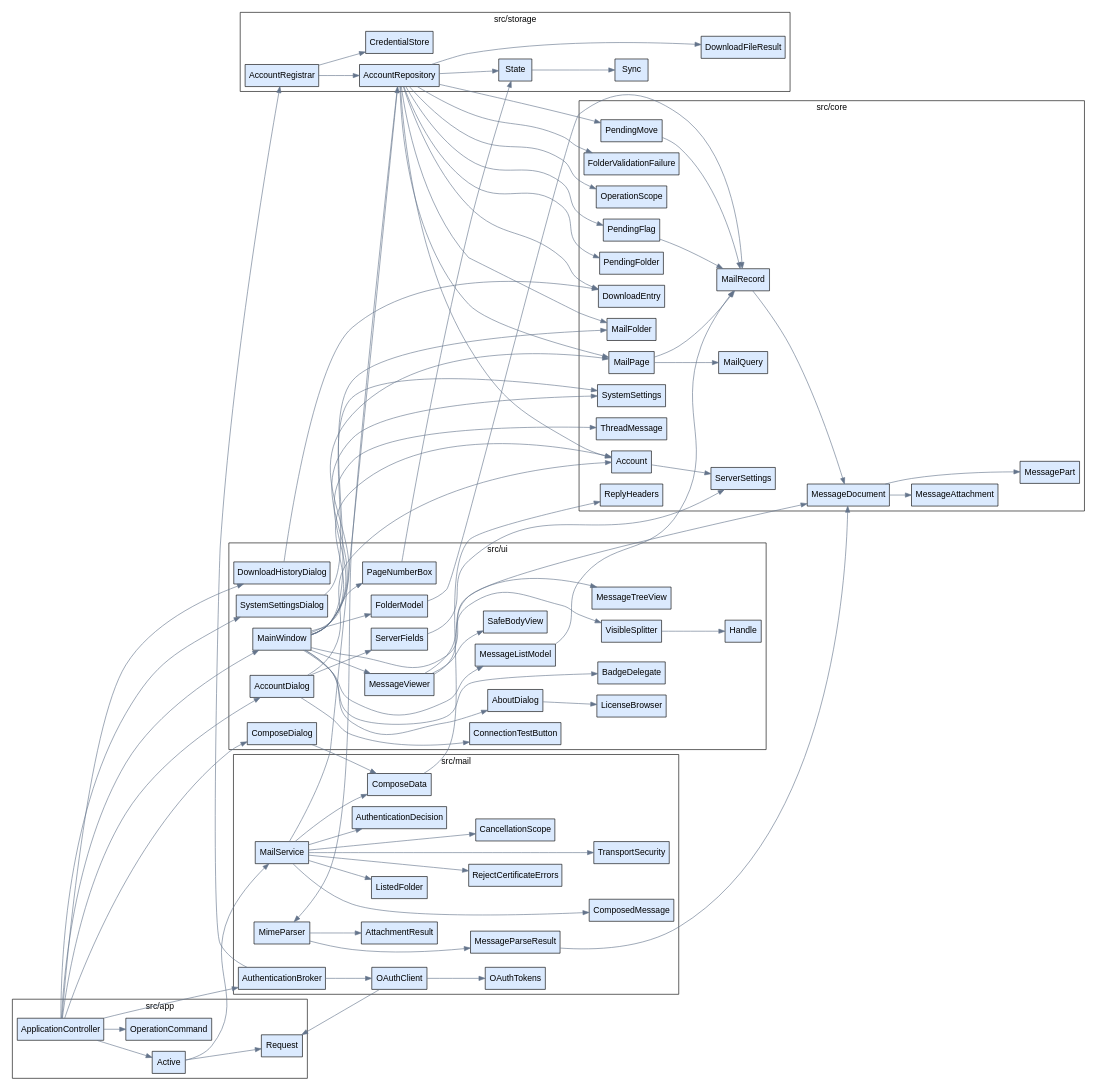
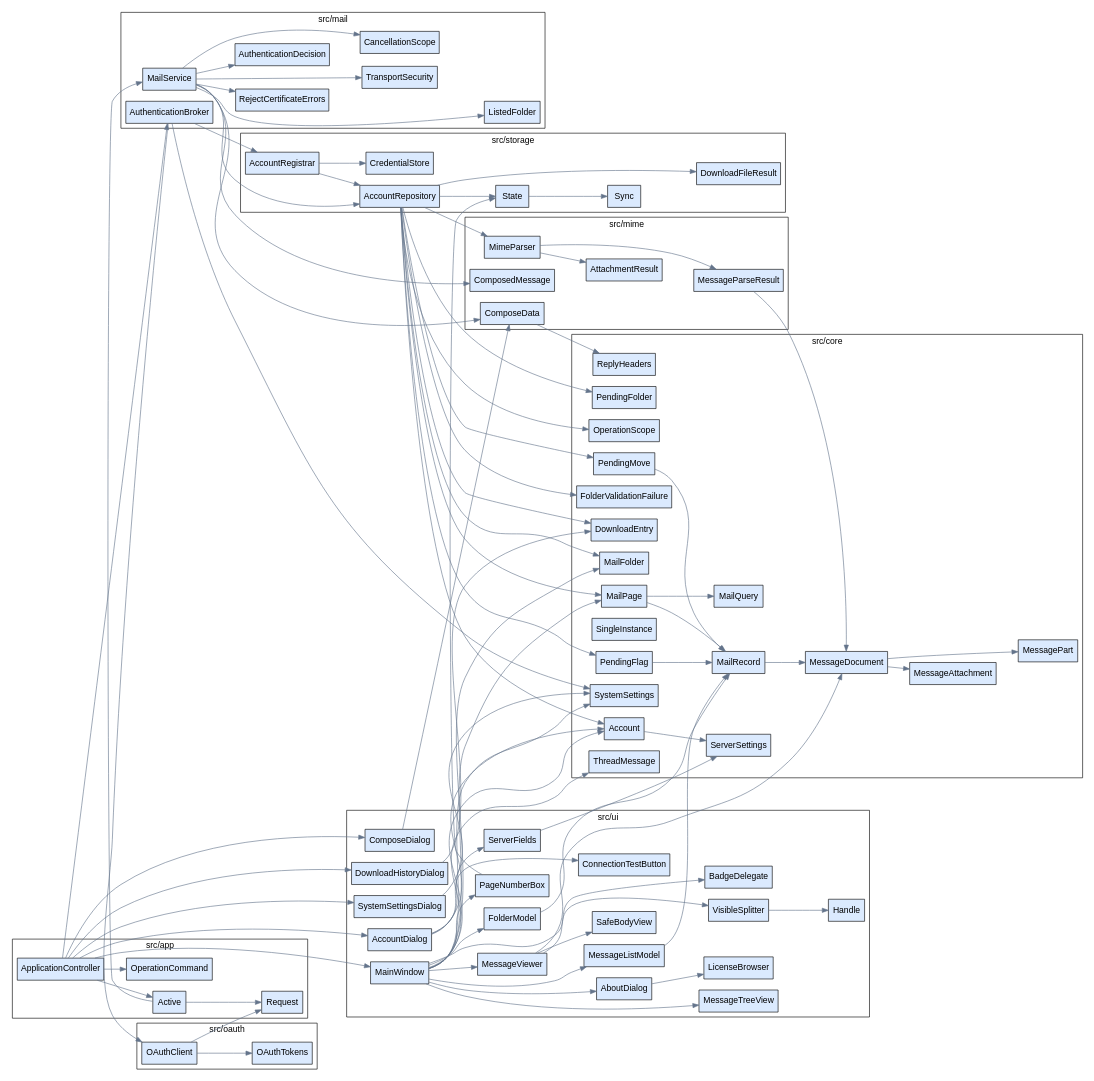
Before and after one commit to Kiterai/SmoothMail: the diagram in docs/dev/architecture/classes.dot, drawn with Graphviz. The commit also changed 36 other files, not shown here.

```diff
--- a/docs/dev/architecture/classes.dot
+++ b/docs/dev/architecture/classes.dot
@@ -48,6 +48,8 @@
 			label=ReplyHeaders];
 		"smoothmail::ServerSettings"	[fillcolor="#dbeafe",
 			label=ServerSettings];
+		"smoothmail::SingleInstance"	[fillcolor="#dbeafe",
+			label=SingleInstance];
 		"smoothmail::SystemSettings"	[fillcolor="#dbeafe",
 			label=SystemSettings];
 		"smoothmail::ThreadMessage"	[fillcolor="#dbeafe",
@@ -59,36 +61,42 @@
 	}
 	subgraph cluster_2 {
 		graph [label="src/mail"];
-		"smoothmail::AttachmentResult"	[fillcolor="#dbeafe",
-			label=AttachmentResult];
 		"smoothmail::AuthenticationBroker"	[fillcolor="#dbeafe",
 			label=AuthenticationBroker];
 		"smoothmail::AuthenticationDecision"	[fillcolor="#dbeafe",
 			label=AuthenticationDecision];
 		"smoothmail::CancellationScope"	[fillcolor="#dbeafe",
 			label=CancellationScope];
-		"smoothmail::ComposeData"	[fillcolor="#dbeafe",
-			label=ComposeData];
-		"smoothmail::ComposedMessage"	[fillcolor="#dbeafe",
-			label=ComposedMessage];
 		"smoothmail::ListedFolder"	[fillcolor="#dbeafe",
 			label=ListedFolder];
 		"smoothmail::MailService"	[fillcolor="#dbeafe",
 			label=MailService];
-		"smoothmail::MessageParseResult"	[fillcolor="#dbeafe",
-			label=MessageParseResult];
-		"smoothmail::MimeParser"	[fillcolor="#dbeafe",
-			label=MimeParser];
-		"smoothmail::OAuthClient"	[fillcolor="#dbeafe",
-			label=OAuthClient];
-		"smoothmail::OAuthTokens"	[fillcolor="#dbeafe",
-			label=OAuthTokens];
 		"smoothmail::RejectCertificateErrors"	[fillcolor="#dbeafe",
 			label=RejectCertificateErrors];
 		"smoothmail::TransportSecurity"	[fillcolor="#dbeafe",
 			label=TransportSecurity];
 	}
 	subgraph cluster_3 {
+		graph [label="src/mime"];
+		"smoothmail::AttachmentResult"	[fillcolor="#dbeafe",
+			label=AttachmentResult];
+		"smoothmail::ComposeData"	[fillcolor="#dbeafe",
+			label=ComposeData];
+		"smoothmail::ComposedMessage"	[fillcolor="#dbeafe",
+			label=ComposedMessage];
+		"smoothmail::MessageParseResult"	[fillcolor="#dbeafe",
+			label=MessageParseResult];
+		"smoothmail::MimeParser"	[fillcolor="#dbeafe",
+			label=MimeParser];
+	}
+	subgraph cluster_4 {
+		graph [label="src/oauth"];
+		"smoothmail::OAuthClient"	[fillcolor="#dbeafe",
+			label=OAuthClient];
+		"smoothmail::OAuthTokens"	[fillcolor="#dbeafe",
+			label=OAuthTokens];
+	}
+	subgraph cluster_5 {
 		graph [label="src/storage"];
 		"smoothmail::AccountRegistrar"	[fillcolor="#dbeafe",
 			label=AccountRegistrar];
@@ -103,7 +111,7 @@
 		"smoothmail::DownloadFileResult"	[fillcolor="#dbeafe",
 			label=DownloadFileResult];
 	}
-	subgraph cluster_4 {
+	subgraph cluster_6 {
 		graph [label="src/ui"];
 		"smoothmail::AboutDialog"	[fillcolor="#dbeafe",
 			label=AboutDialog];
@@ -160,17 +168,18 @@
 	"smoothmail::MessageDocument" -> "smoothmail::MessagePart"	[minlen=2];
 	"smoothmail::PendingFlag" -> "smoothmail::MailRecord";
 	"smoothmail::PendingMove" -> "smoothmail::MailRecord";
+	"smoothmail::AuthenticationBroker" -> "smoothmail::SystemSettings";
 	"smoothmail::AuthenticationBroker" -> "smoothmail::OAuthClient";
 	"smoothmail::AuthenticationBroker" -> "smoothmail::AccountRegistrar";
-	"smoothmail::ComposeData" -> "smoothmail::ReplyHeaders"	[minlen=1];
 	"smoothmail::MailService" -> "smoothmail::AuthenticationDecision"	[minlen=1];
 	"smoothmail::MailService" -> "smoothmail::CancellationScope"	[minlen=2];
+	"smoothmail::MailService" -> "smoothmail::ListedFolder"	[minlen=3];
+	"smoothmail::MailService" -> "smoothmail::RejectCertificateErrors"	[minlen=1];
+	"smoothmail::MailService" -> "smoothmail::TransportSecurity"	[minlen=2];
 	"smoothmail::MailService" -> "smoothmail::ComposeData";
 	"smoothmail::MailService" -> "smoothmail::ComposedMessage"	[minlen=3];
-	"smoothmail::MailService" -> "smoothmail::ListedFolder"	[minlen=1];
-	"smoothmail::MailService" -> "smoothmail::RejectCertificateErrors"	[minlen=2];
-	"smoothmail::MailService" -> "smoothmail::TransportSecurity"	[minlen=3];
 	"smoothmail::MailService" -> "smoothmail::AccountRepository";
+	"smoothmail::ComposeData" -> "smoothmail::ReplyHeaders"	[minlen=1];
 	"smoothmail::MessageParseResult" -> "smoothmail::MessageDocument";
 	"smoothmail::MimeParser" -> "smoothmail::AttachmentResult"	[minlen=1];
 	"smoothmail::MimeParser" -> "smoothmail::MessageParseResult"	[minlen=2];
```
